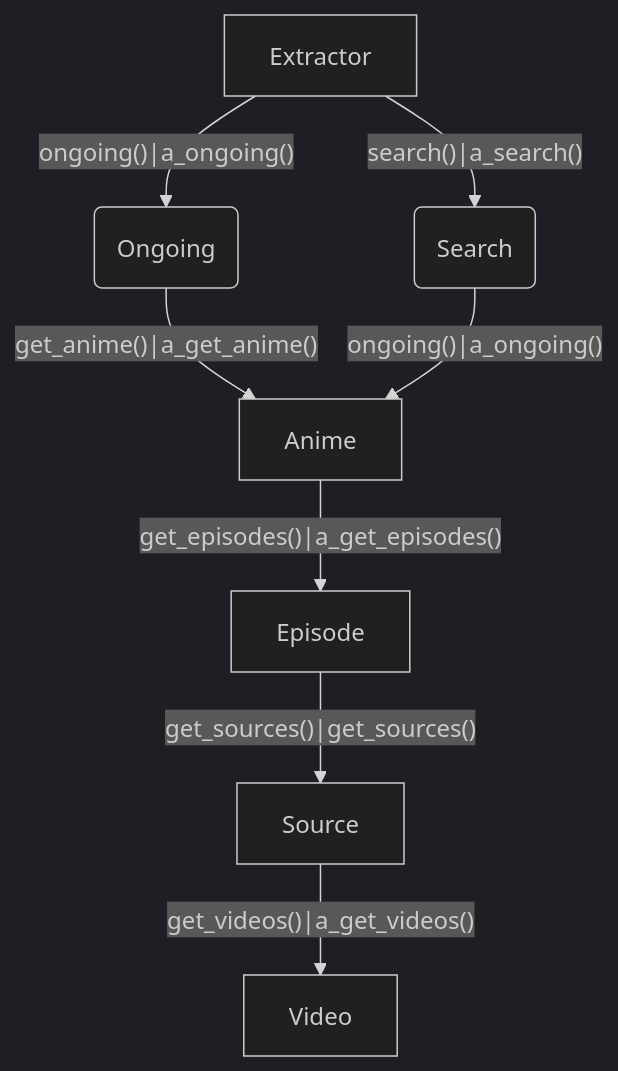
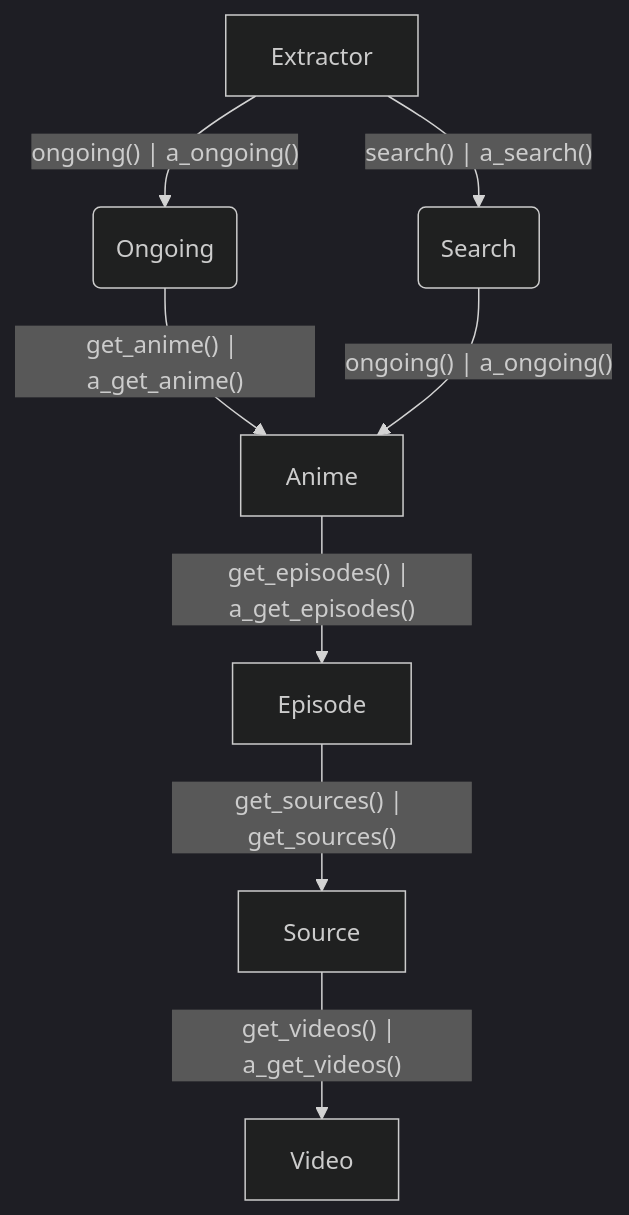
Before and after one commit to vypivshiy/anicli-api: the diagram in README.MD, drawn with Mermaid (dark theme). The commit also changed other lines of this file, not shown here.

````diff
--- a/README.MD
+++ b/README.MD
@@ -44,13 +44,13 @@
 ```mermaid
 flowchart TD
-    E[Extractor] -->|"search(<QUERY>)|a_search(<QUERY>)"| S(Search)
-    E -->|"ongoing()|a_ongoing()"| O(Ongoing)
+    E[Extractor] -->|"search(<QUERY>) | a_search(<QUERY>)"| S(Search)
+    E -->|"ongoing() | a_ongoing()"| O(Ongoing)
     
-    O -->|"get_anime()|a_get_anime()"| A[Anime]
-    S -->|"ongoing()|a_ongoing()"| A
+    O -->|"get_anime() | a_get_anime()"| A[Anime]
+    S -->|"ongoing() | a_ongoing()"| A
     
-    A -->|"get_episodes()|a_get_episodes()"|Ep[Episode]
-    Ep -->|"get_sources()|get_sources()"|So[Source]
-    So -->|"get_videos()|a_get_videos()"|V[Video]
+    A -->|"get_episodes() | a_get_episodes()"|Ep[Episode]
+    Ep -->|"get_sources() | get_sources()"|So[Source]
+    So -->|"get_videos() | a_get_videos()"|V[Video]
 
 ```
````
